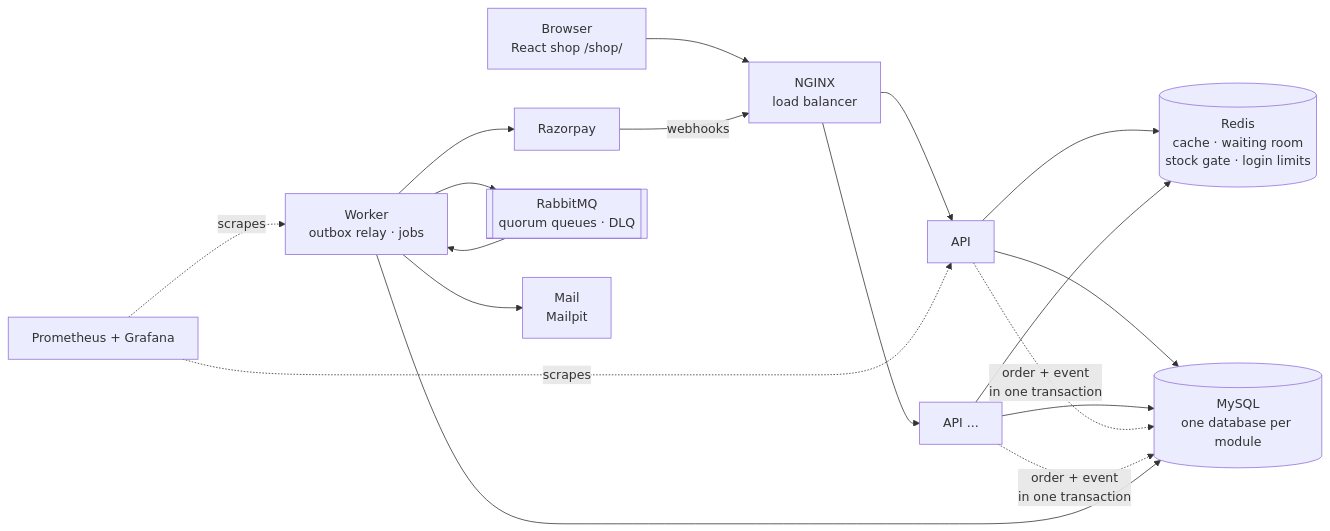
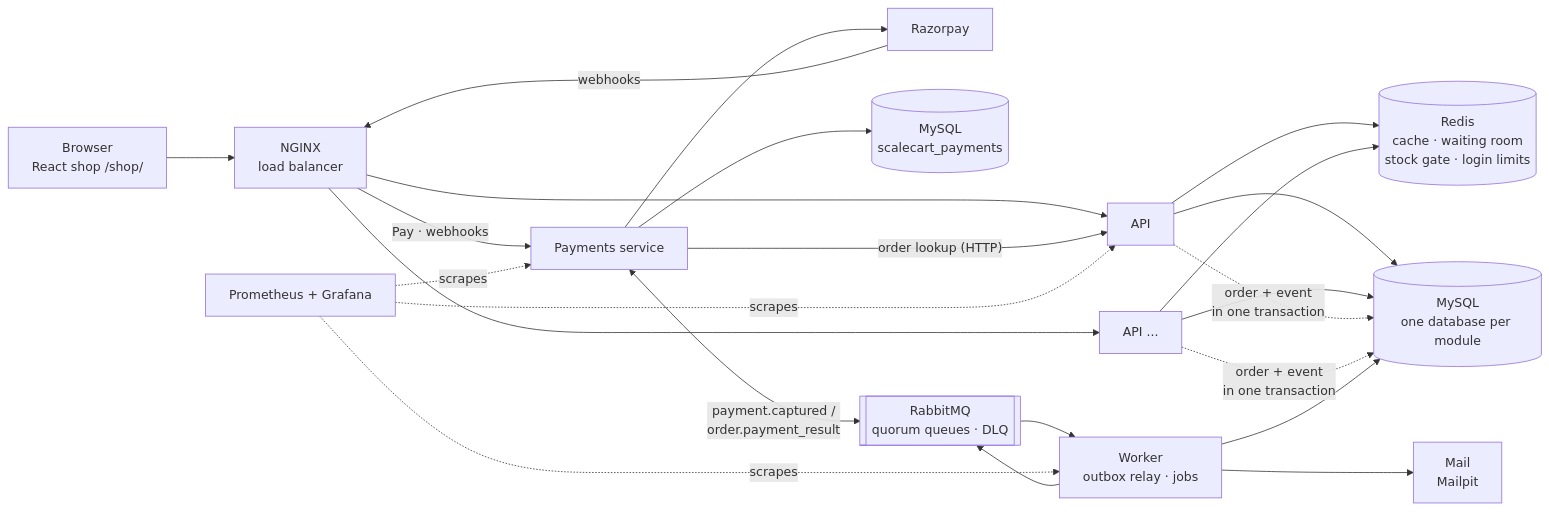
Before and after one commit to prince-1905/scaleCart: the diagram in README.md, drawn with Mermaid. The commit also changed other lines of this file and 85 other files, not shown here.

First line of the commit message:
Phase 8: payments as its own service (events + one sync call), E11

````diff
--- a/README.md
+++ b/README.md
@@ -43,16 +44,20 @@
 ```mermaid
 flowchart LR
     B[Browser<br/>React shop /shop/] --> LB[NGINX<br/>load balancer]
     RZ[Razorpay] -- webhooks --> LB
     LB --> API1[API]
     LB --> API2[API ...]
+    LB -- Pay · webhooks --> PAY[Payments service]
+    PAY -- "order lookup (HTTP)" --> API1
+    PAY --> PM[(MySQL<br/>scalecart_payments)]
+    PAY <-- "payment.captured /<br/>order.payment_result" --> Q
+    PAY --> RZ
     API1 & API2 --> R[(Redis<br/>cache · waiting room<br/>stock gate · login limits)]
     API1 & API2 --> M[(MySQL<br/>one database per module)]
     API1 & API2 -. order + event<br/>in one transaction .-> M
     W[Worker<br/>outbox relay · jobs] --> M
     W --> Q[[RabbitMQ<br/>quorum queues · DLQ]]
     Q --> W
     W --> MP[Mail<br/>Mailpit]
-    W --> RZ
-    P[Prometheus + Grafana] -. scrapes .-> API1 & W
+    P[Prometheus + Grafana] -. scrapes .-> API1 & W & PAY
 ```
````
